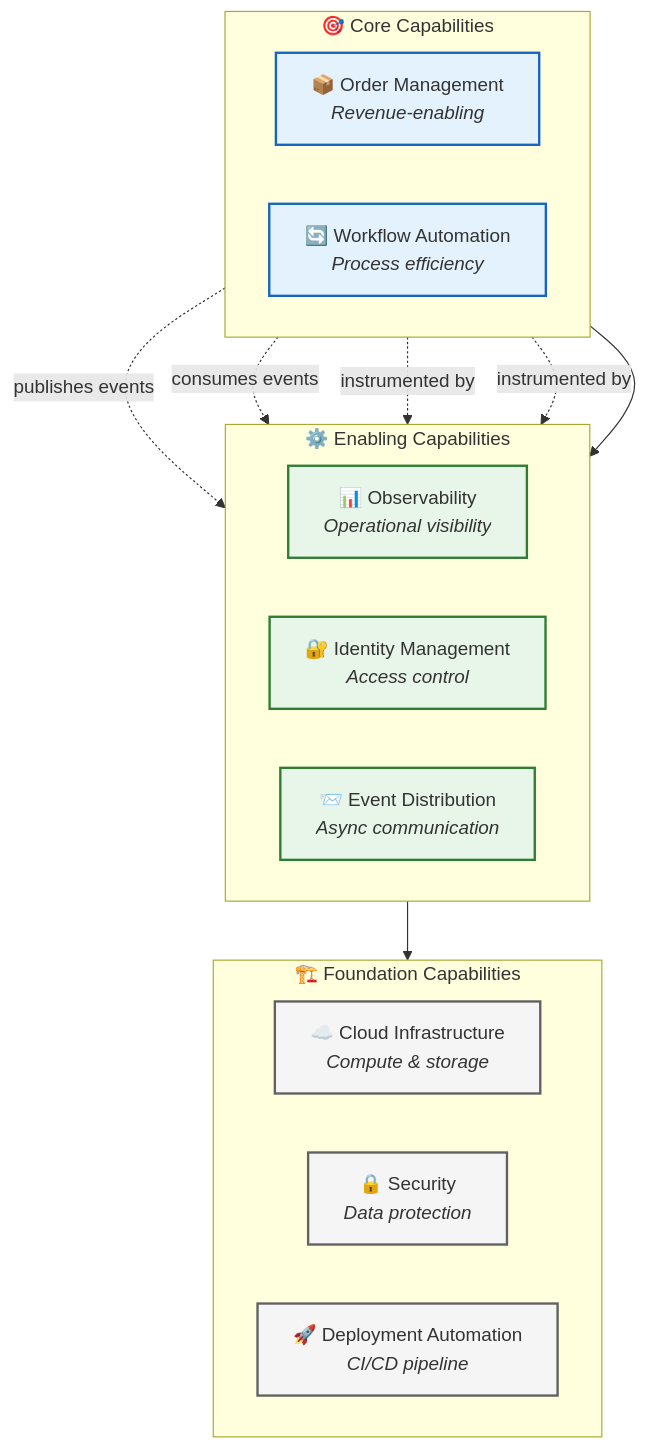
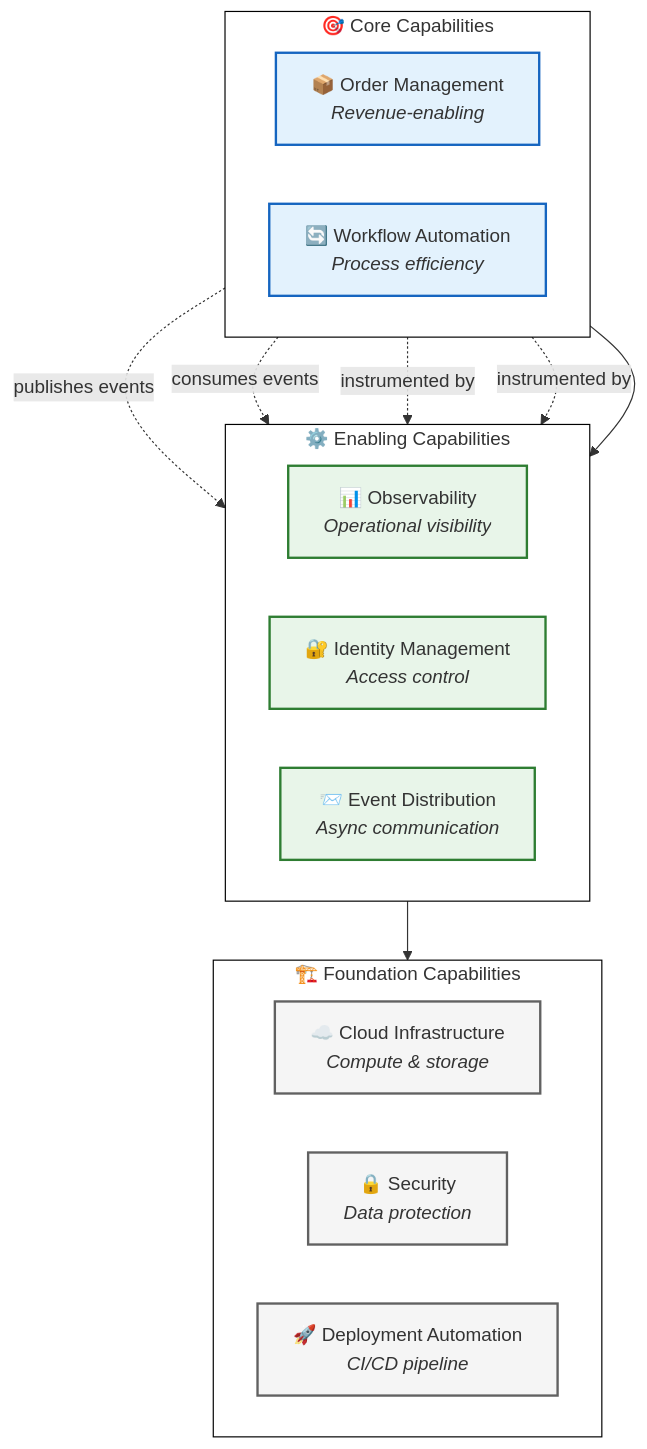
Before and after one commit to Evilazaro/Azure-LogicApps-Monitoring: the first of 4 diagrams in docs/architecture/01-business-architecture.md, drawn with Mermaid. The commit also changed other lines of this file and 2 other files, not shown here.

Commit message:
Refactor Mermaid diagrams for improved clarity and consistency in business and data architecture documentation

````diff
--- a/docs/architecture/01-business-architecture.md
+++ b/docs/architecture/01-business-architecture.md
@@ -41,37 +41,41 @@
 ```mermaid
 flowchart TB
-    subgraph Core["🎯 Core Capabilities"]
-        direction LR
-        C1["📦 Order Management<br/><i>Revenue-enabling</i>"]
-        C2["🔄 Workflow Automation<br/><i>Process efficiency</i>"]
-    end
-
-    subgraph Enabling["⚙️ Enabling Capabilities"]
-        direction LR
-        E1["📊 Observability<br/><i>Operational visibility</i>"]
-        E2["🔐 Identity Management<br/><i>Access control</i>"]
-        E3["📨 Event Distribution<br/><i>Async communication</i>"]
-    end
-
-    subgraph Foundation["🏗️ Foundation Capabilities"]
-        direction LR
-        F1["☁️ Cloud Infrastructure<br/><i>Compute & storage</i>"]
-        F2["🔒 Security<br/><i>Data protection</i>"]
-        F3["🚀 Deployment Automation<br/><i>CI/CD pipeline</i>"]
-    end
-
+ subgraph Core["🎯 Core Capabilities"]
+    direction LR
+        C1["📦 Order Management<br><i>Revenue-enabling</i>"]
+        C2["🔄 Workflow Automation<br><i>Process efficiency</i>"]
+  end
+ subgraph Enabling["⚙️ Enabling Capabilities"]
+    direction LR
+        E1["📊 Observability<br><i>Operational visibility</i>"]
+        E2["🔐 Identity Management<br><i>Access control</i>"]
+        E3["📨 Event Distribution<br><i>Async communication</i>"]
+  end
+ subgraph Foundation["🏗️ Foundation Capabilities"]
+    direction LR
+        F1["☁️ Cloud Infrastructure<br><i>Compute &amp; storage</i>"]
+        F2["🔒 Security<br><i>Data protection</i>"]
+        F3["🚀 Deployment Automation<br><i>CI/CD pipeline</i>"]
+  end
     Core --> Enabling
     Enabling --> Foundation
-    C1 -.->|"publishes events"| E3
-    C2 -.->|"consumes events"| E3
-    C1 -.->|"instrumented by"| E1
-    C2 -.->|"instrumented by"| E1
+    C1 -. publishes events .-> E3
+    C2 -. consumes events .-> E3
+    C1 -. instrumented by .-> E1
+    C2 -. instrumented by .-> E1
 
+     C1:::core
+     C2:::core
+     E1:::enabling
+     E2:::enabling
+     E3:::enabling
+     F1:::foundation
+     F2:::foundation
+     F3:::foundation
     classDef core fill:#e3f2fd,stroke:#1565c0,stroke-width:2px
     classDef enabling fill:#e8f5e9,stroke:#2e7d32,stroke-width:2px
     classDef foundation fill:#f5f5f5,stroke:#616161,stroke-width:2px
-
-    class C1,C2 core
-    class E1,E2,E3 enabling
-    class F1,F2,F3 foundation
+    style Core stroke:#000000,fill:#FFFFFF
+    style Enabling stroke:#000000,fill:#FFFFFF
+    style Foundation stroke:#000000,fill:#FFFFFF
 ```
````
